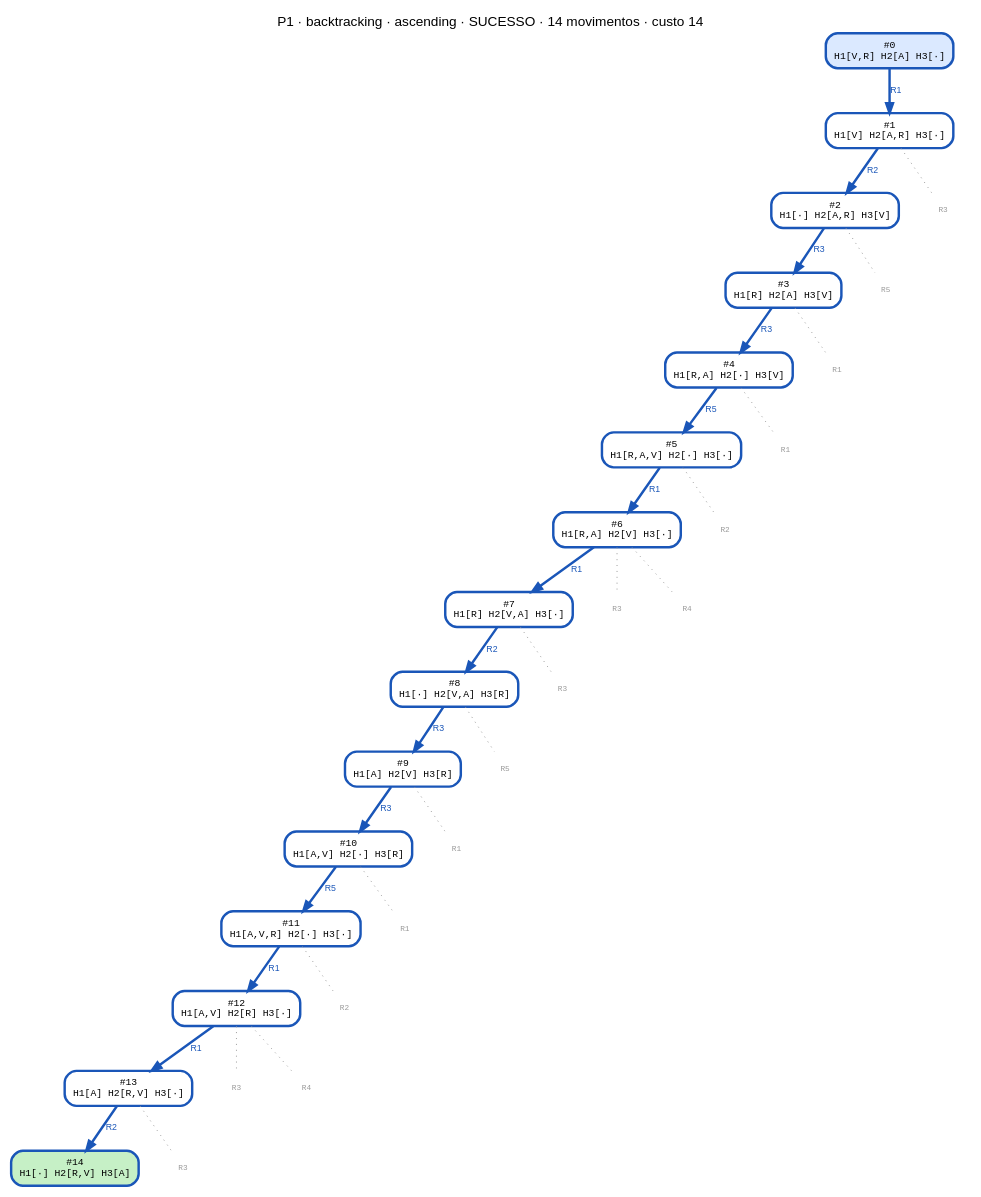
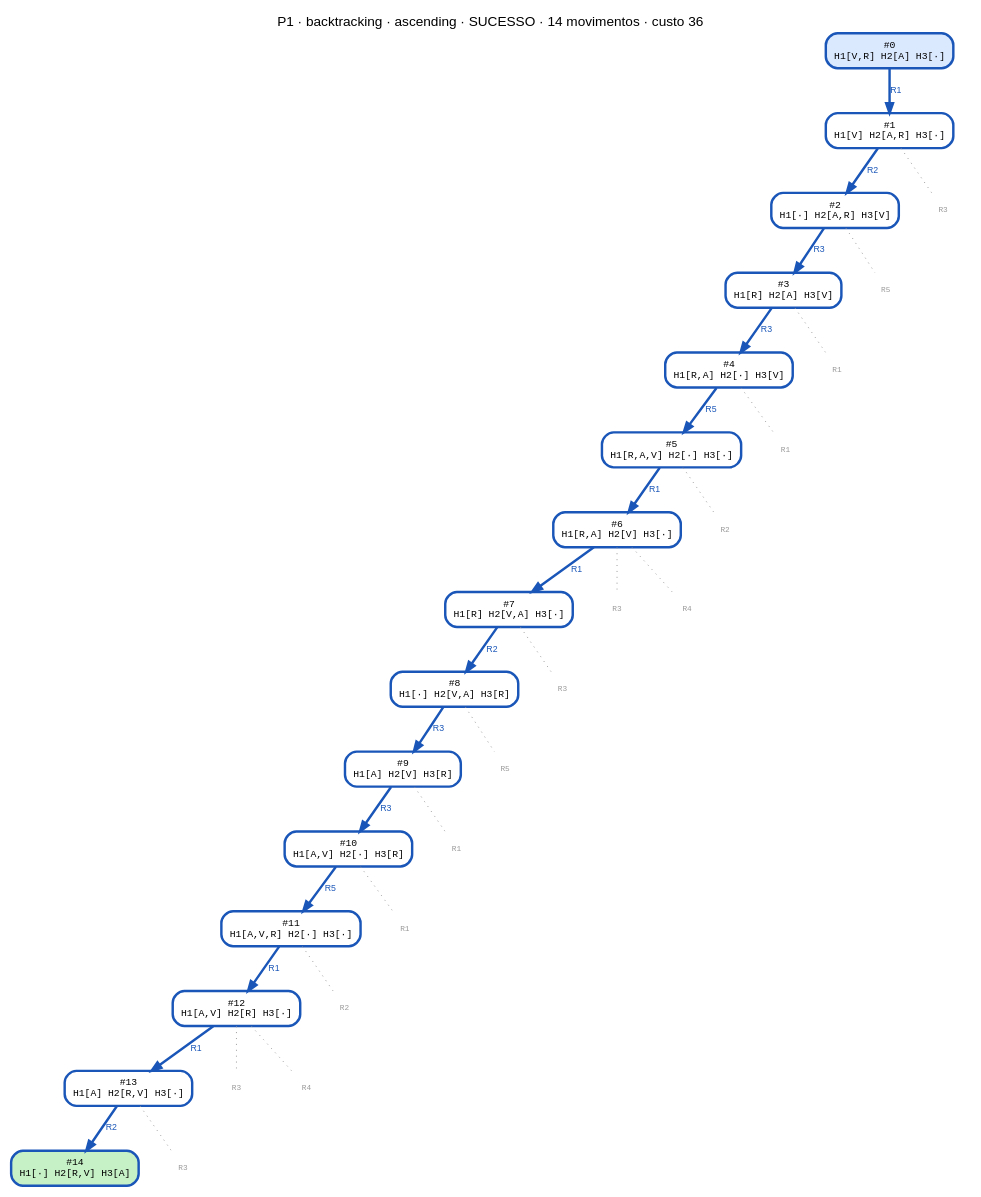
The diagram in data/P1/backtracking_ascending.dot (CharlesLB/dcc-014-trabalho-1), drawn with Graphviz before and after one commit. The commit also changed 54 other files, not shown here.

```diff
--- a/data/P1/backtracking_ascending.dot
+++ b/data/P1/backtracking_ascending.dot
@@ -1,64 +1,64 @@
 digraph search {
-  label="P1 · backtracking · ascending · SUCESSO · 14 movimentos · custo 14"; labelloc=t; fontname="Helvetica";
+  label="P1 · backtracking · ascending · SUCESSO · 14 movimentos · custo 36"; labelloc=t; fontname="Helvetica";
   node [shape=box, style="rounded,filled", fontname="monospace", fontsize=10];
   edge [fontname="Helvetica", fontsize=9];
   n0 [label="#0\nH1[V,R] H2[A] H3[·]", fillcolor="#dbe9ff", color="#1a56b8", penwidth=2.5];
   n1 [label="#1\nH1[V] H2[A,R] H3[·]", fillcolor="#ffffff", color="#1a56b8", penwidth=2.5];
   n0 -> n1 [label="R1", color="#1a56b8", fontcolor="#1a56b8", penwidth=2.5];
   n2 [label="#2\nH1[·] H2[A,R] H3[V]", fillcolor="#ffffff", color="#1a56b8", penwidth=2.5];
   n1 -> n2 [label="R2", color="#1a56b8", fontcolor="#1a56b8", penwidth=2.5];
   n3 [label="#3\nH1[R] H2[A] H3[V]", fillcolor="#ffffff", color="#1a56b8", penwidth=2.5];
   n2 -> n3 [label="R3", color="#1a56b8", fontcolor="#1a56b8", penwidth=2.5];
   n4 [label="#4\nH1[R,A] H2[·] H3[V]", fillcolor="#ffffff", color="#1a56b8", penwidth=2.5];
   n3 -> n4 [label="R3", color="#1a56b8", fontcolor="#1a56b8", penwidth=2.5];
   n5 [label="#5\nH1[R,A,V] H2[·] H3[·]", fillcolor="#ffffff", color="#1a56b8", penwidth=2.5];
   n4 -> n5 [label="R5", color="#1a56b8", fontcolor="#1a56b8", penwidth=2.5];
   n6 [label="#6\nH1[R,A] H2[V] H3[·]", fillcolor="#ffffff", color="#1a56b8", penwidth=2.5];
   n5 -> n6 [label="R1", color="#1a56b8", fontcolor="#1a56b8", penwidth=2.5];
   n7 [label="#7\nH1[R] H2[V,A] H3[·]", fillcolor="#ffffff", color="#1a56b8", penwidth=2.5];
   n6 -> n7 [label="R1", color="#1a56b8", fontcolor="#1a56b8", penwidth=2.5];
   n8 [label="#8\nH1[·] H2[V,A] H3[R]", fillcolor="#ffffff", color="#1a56b8", penwidth=2.5];
   n7 -> n8 [label="R2", color="#1a56b8", fontcolor="#1a56b8", penwidth=2.5];
   n9 [label="#9\nH1[A] H2[V] H3[R]", fillcolor="#ffffff", color="#1a56b8", penwidth=2.5];
   n8 -> n9 [label="R3", color="#1a56b8", fontcolor="#1a56b8", penwidth=2.5];
   n10 [label="#10\nH1[A,V] H2[·] H3[R]", fillcolor="#ffffff", color="#1a56b8", penwidth=2.5];
   n9 -> n10 [label="R3", color="#1a56b8", fontcolor="#1a56b8", penwidth=2.5];
   n11 [label="#11\nH1[A,V,R] H2[·] H3[·]", fillcolor="#ffffff", color="#1a56b8", penwidth=2.5];
   n10 -> n11 [label="R5", color="#1a56b8", fontcolor="#1a56b8", penwidth=2.5];
   n12 [label="#12\nH1[A,V] H2[R] H3[·]", fillcolor="#ffffff", color="#1a56b8", penwidth=2.5];
   n11 -> n12 [label="R1", color="#1a56b8", fontcolor="#1a56b8", penwidth=2.5];
   n13 [label="#13\nH1[A] H2[R,V] H3[·]", fillcolor="#ffffff", color="#1a56b8", penwidth=2.5];
   n12 -> n13 [label="R1", color="#1a56b8", fontcolor="#1a56b8", penwidth=2.5];
   n14 [label="#14\nH1[·] H2[R,V] H3[A]", fillcolor="#c6f0c6", color="#1a56b8", penwidth=2.5];
   n13 -> n14 [label="R2", color="#1a56b8", fontcolor="#1a56b8", penwidth=2.5];
   p1_R3 [label="R3", shape=plaintext, style=solid, fontcolor="#999999", fontsize=8];
   n1 -> p1_R3 [style=dotted, color="#999999", arrowhead=none];
   p2_R5 [label="R5", shape=plaintext, style=solid, fontcolor="#999999", fontsize=8];
   n2 -> p2_R5 [style=dotted, color="#999999", arrowhead=none];
   p3_R1 [label="R1", shape=plaintext, style=solid, fontcolor="#999999", fontsize=8];
   n3 -> p3_R1 [style=dotted, color="#999999", arrowhead=none];
   p4_R1 [label="R1", shape=plaintext, style=solid, fontcolor="#999999", fontsize=8];
   n4 -> p4_R1 [style=dotted, color="#999999", arrowhead=none];
   p5_R2 [label="R2", shape=plaintext, style=solid, fontcolor="#999999", fontsize=8];
   n5 -> p5_R2 [style=dotted, color="#999999", arrowhead=none];
   p6_R3 [label="R3", shape=plaintext, style=solid, fontcolor="#999999", fontsize=8];
   n6 -> p6_R3 [style=dotted, color="#999999", arrowhead=none];
   p6_R4 [label="R4", shape=plaintext, style=solid, fontcolor="#999999", fontsize=8];
   n6 -> p6_R4 [style=dotted, color="#999999", arrowhead=none];
   p7_R3 [label="R3", shape=plaintext, style=solid, fontcolor="#999999", fontsize=8];
   n7 -> p7_R3 [style=dotted, color="#999999", arrowhead=none];
   p8_R5 [label="R5", shape=plaintext, style=solid, fontcolor="#999999", fontsize=8];
   n8 -> p8_R5 [style=dotted, color="#999999", arrowhead=none];
   p9_R1 [label="R1", shape=plaintext, style=solid, fontcolor="#999999", fontsize=8];
   n9 -> p9_R1 [style=dotted, color="#999999", arrowhead=none];
   p10_R1 [label="R1", shape=plaintext, style=solid, fontcolor="#999999", fontsize=8];
   n10 -> p10_R1 [style=dotted, color="#999999", arrowhead=none];
   p11_R2 [label="R2", shape=plaintext, style=solid, fontcolor="#999999", fontsize=8];
   n11 -> p11_R2 [style=dotted, color="#999999", arrowhead=none];
   p12_R3 [label="R3", shape=plaintext, style=solid, fontcolor="#999999", fontsize=8];
   n12 -> p12_R3 [style=dotted, color="#999999", arrowhead=none];
   p12_R4 [label="R4", shape=plaintext, style=solid, fontcolor="#999999", fontsize=8];
   n12 -> p12_R4 [style=dotted, color="#999999", arrowhead=none];
   p13_R3 [label="R3", shape=plaintext, style=solid, fontcolor="#999999", fontsize=8];
   n13 -> p13_R3 [style=dotted, color="#999999", arrowhead=none];
 }
```
